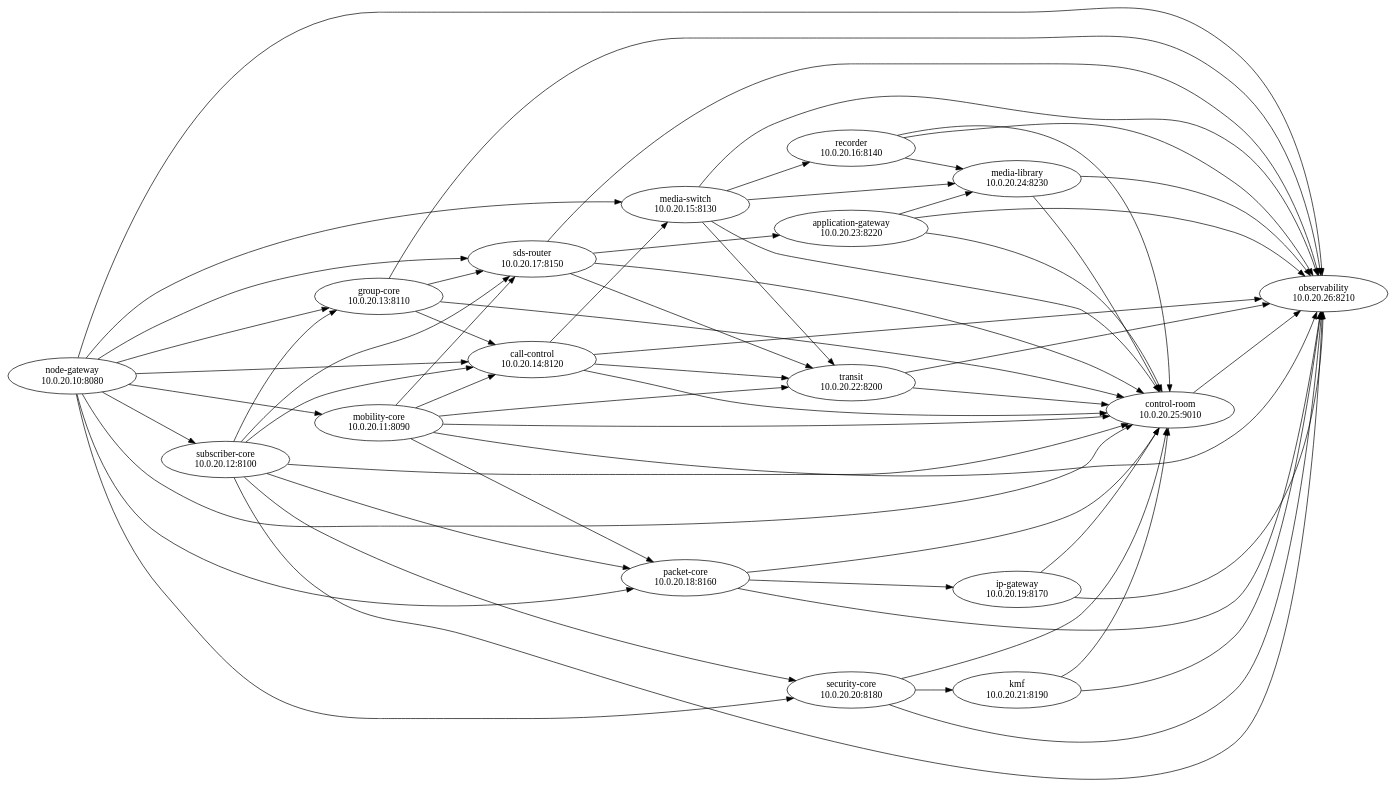
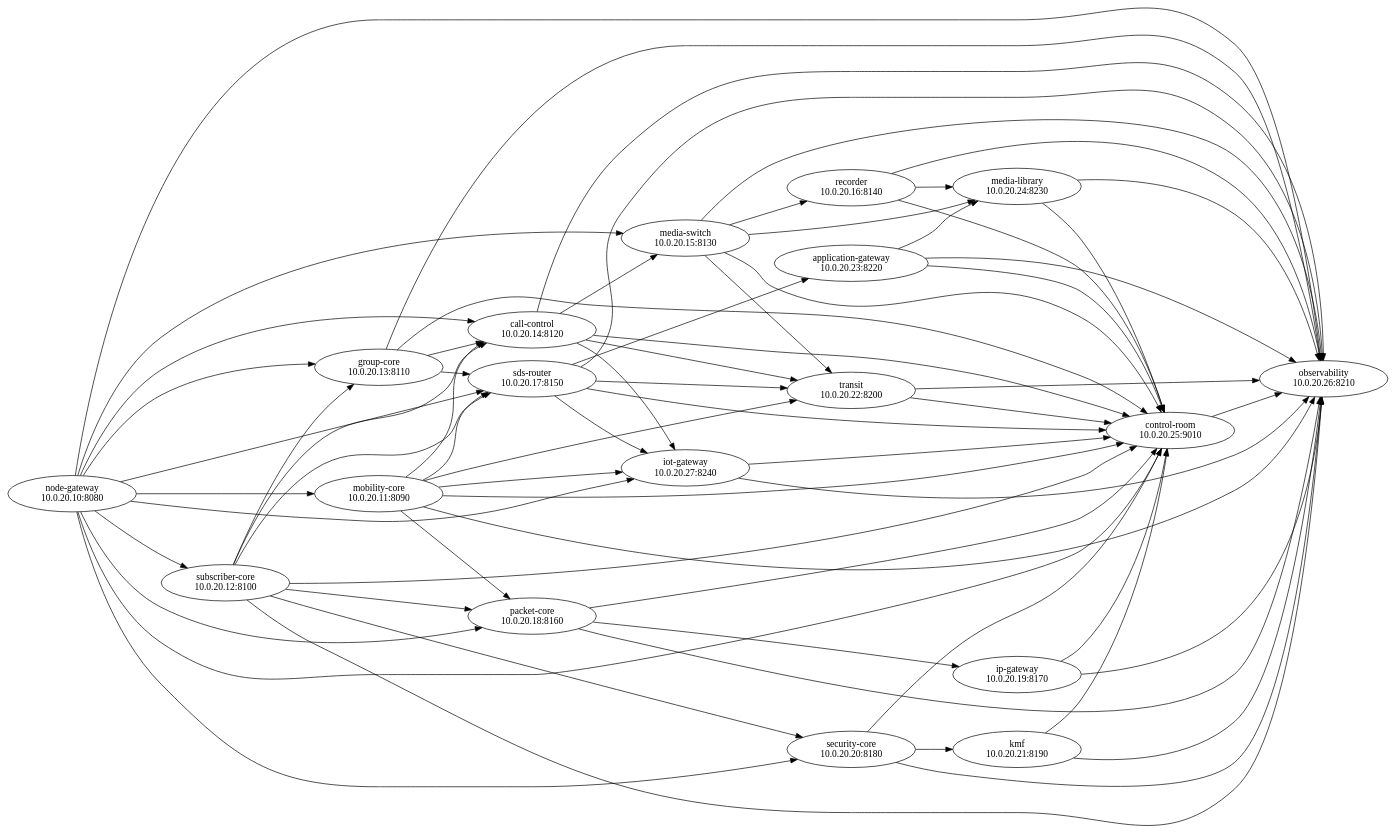
The diagram in deploy/open-lab/generated/dependency-graph.dot (JanHG98/netcore-tetra), drawn with Graphviz before and after one commit. The commit also changed 23 other files, not shown here.

First line of the commit message:
Add iot-gateway (Phase 3) to Open-Lab configs

```diff
--- a/deploy/open-lab/generated/dependency-graph.dot
+++ b/deploy/open-lab/generated/dependency-graph.dot
@@ -1,81 +1,88 @@
 digraph netcore_open_lab {
   rankdir=LR;
   "node-gateway" [label="node-gateway\n10.0.20.10:8080"];
   "mobility-core" [label="mobility-core\n10.0.20.11:8090"];
   "node-gateway" -> "mobility-core";
   "subscriber-core" [label="subscriber-core\n10.0.20.12:8100"];
   "node-gateway" -> "subscriber-core";
   "group-core" [label="group-core\n10.0.20.13:8110"];
   "node-gateway" -> "group-core";
   "subscriber-core" -> "group-core";
   "call-control" [label="call-control\n10.0.20.14:8120"];
   "node-gateway" -> "call-control";
   "subscriber-core" -> "call-control";
   "group-core" -> "call-control";
   "mobility-core" -> "call-control";
   "media-switch" [label="media-switch\n10.0.20.15:8130"];
   "node-gateway" -> "media-switch";
   "call-control" -> "media-switch";
   "recorder" [label="recorder\n10.0.20.16:8140"];
   "media-switch" -> "recorder";
   "sds-router" [label="sds-router\n10.0.20.17:8150"];
   "node-gateway" -> "sds-router";
   "subscriber-core" -> "sds-router";
   "group-core" -> "sds-router";
   "mobility-core" -> "sds-router";
   "packet-core" [label="packet-core\n10.0.20.18:8160"];
   "node-gateway" -> "packet-core";
   "subscriber-core" -> "packet-core";
   "mobility-core" -> "packet-core";
   "ip-gateway" [label="ip-gateway\n10.0.20.19:8170"];
   "packet-core" -> "ip-gateway";
   "security-core" [label="security-core\n10.0.20.20:8180"];
   "node-gateway" -> "security-core";
   "subscriber-core" -> "security-core";
   "kmf" [label="kmf\n10.0.20.21:8190"];
   "security-core" -> "kmf";
   "transit" [label="transit\n10.0.20.22:8200"];
   "mobility-core" -> "transit";
   "call-control" -> "transit";
   "media-switch" -> "transit";
   "sds-router" -> "transit";
   "application-gateway" [label="application-gateway\n10.0.20.23:8220"];
   "sds-router" -> "application-gateway";
   "media-library" [label="media-library\n10.0.20.24:8230"];
   "media-switch" -> "media-library";
   "recorder" -> "media-library";
   "application-gateway" -> "media-library";
   "control-room" [label="control-room\n10.0.20.25:9010"];
   "node-gateway" -> "control-room";
   "subscriber-core" -> "control-room";
   "group-core" -> "control-room";
   "mobility-core" -> "control-room";
   "call-control" -> "control-room";
   "media-switch" -> "control-room";
   "recorder" -> "control-room";
   "sds-router" -> "control-room";
   "packet-core" -> "control-room";
   "ip-gateway" -> "control-room";
   "security-core" -> "control-room";
   "kmf" -> "control-room";
   "transit" -> "control-room";
   "application-gateway" -> "control-room";
   "media-library" -> "control-room";
+  "iot-gateway" -> "control-room";
   "observability" [label="observability\n10.0.20.26:8210"];
   "node-gateway" -> "observability";
   "subscriber-core" -> "observability";
   "group-core" -> "observability";
   "mobility-core" -> "observability";
   "call-control" -> "observability";
   "media-switch" -> "observability";
   "recorder" -> "observability";
   "sds-router" -> "observability";
   "packet-core" -> "observability";
   "ip-gateway" -> "observability";
   "security-core" -> "observability";
   "kmf" -> "observability";
   "transit" -> "observability";
   "application-gateway" -> "observability";
   "media-library" -> "observability";
+  "iot-gateway" -> "observability";
   "control-room" -> "observability";
+  "iot-gateway" [label="iot-gateway\n10.0.20.27:8240"];
+  "node-gateway" -> "iot-gateway";
+  "mobility-core" -> "iot-gateway";
+  "call-control" -> "iot-gateway";
+  "sds-router" -> "iot-gateway";
 }
```
